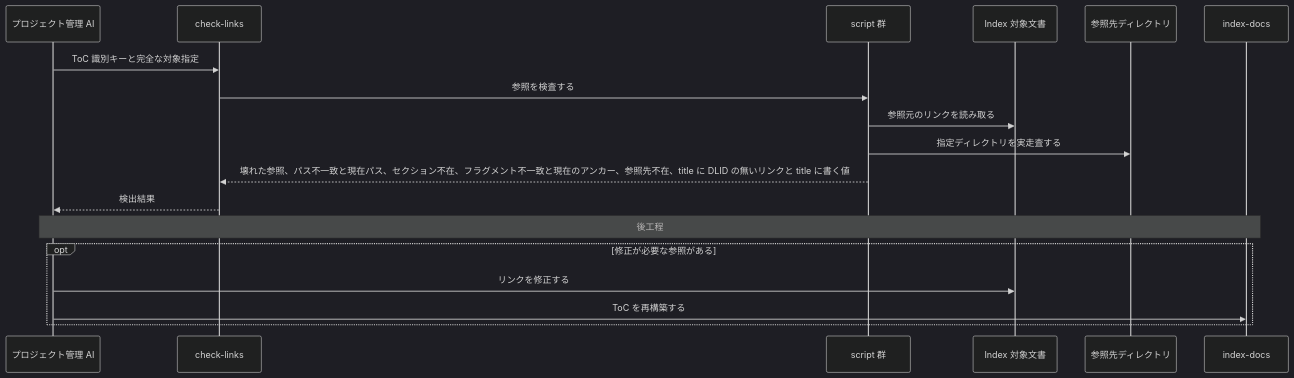
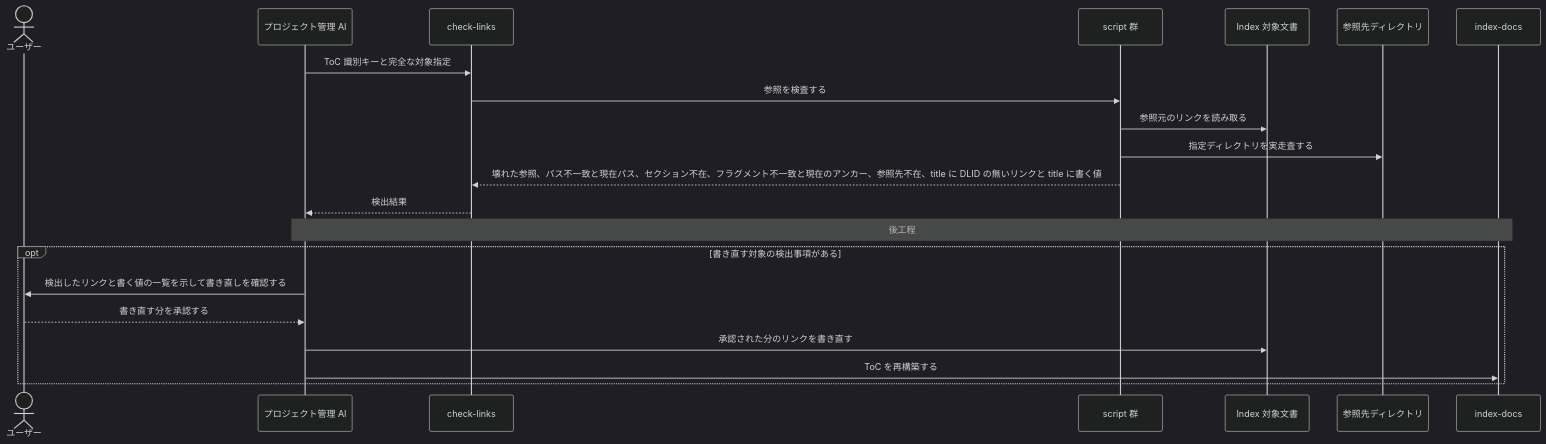
The sixth of 10 diagrams in docs/specs/design/DES-010_skill-composition.md (BlueEventHorizon/doc-link), drawn with Mermaid (dark theme) before and after one commit. The commit also changed other lines of this file and 14 other files, not shown here.

````diff
--- a/docs/specs/design/DES-010_skill-composition.md
+++ b/docs/specs/design/DES-010_skill-composition.md
@@ -286,21 +294,24 @@
 ```mermaid
 sequenceDiagram
+    actor User as ユーザー
     participant PM as プロジェクト管理 AI
     participant Skill as check-links
     participant Scripts as script 群
     participant Docs as Index 対象文書
     participant RefDirs as 参照先ディレクトリ
     participant Index as index-docs
 
     PM->>Skill: ToC 識別キーと完全な対象指定
     Skill->>Scripts: 参照を検査する
     Scripts->>Docs: 参照元のリンクを読み取る
     Scripts->>RefDirs: 指定ディレクトリを実走査する
     Scripts-->>Skill: 壊れた参照、パス不一致と現在パス、セクション不在、フラグメント不一致と現在のアンカー、参照先不在、title に DLID の無いリンクと title に書く値
     Skill-->>PM: 検出結果
     Note over PM,Index: 後工程
-    opt 修正が必要な参照がある
-        PM->>Docs: リンクを修正する
+    opt 書き直す対象の検出事項がある
+        PM->>User: 検出したリンクと書く値の一覧を示して書き直しを確認する
+        User-->>PM: 書き直す分を承認する
+        PM->>Docs: 承認された分のリンクを書き直す
         PM->>Index: ToC を再構築する
     end
 ```
````
